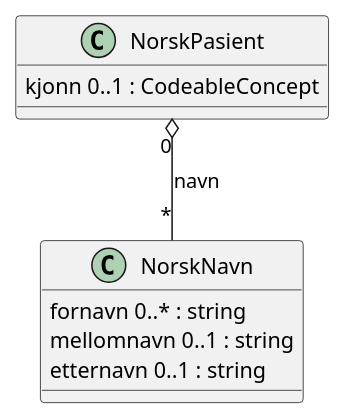
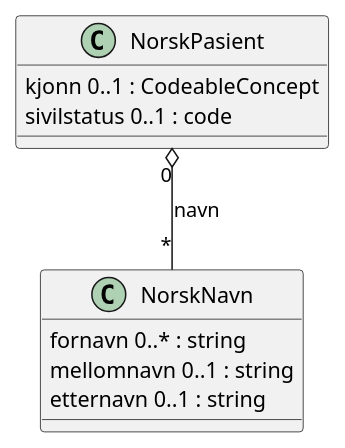
The diagram in HelseNIM/input/images-source/norsk-pasient.plantuml (HL7Norway/Test-HelseNIM), drawn with PlantUML before and after one commit. The commit also changed 1 other file, not shown here.

```diff
--- a/HelseNIM/input/images-source/norsk-pasient.plantuml
+++ b/HelseNIM/input/images-source/norsk-pasient.plantuml
@@ -1,15 +1,16 @@
 @startuml
 
 class NorskPasient {
 kjonn 0..1 : CodeableConcept
+sivilstatus 0..1 : code
 }
 
 NorskPasient "0" o-- "*" NorskNavn : navn
 
 class NorskNavn {
 fornavn 0..* : string
 mellomnavn 0..1 : string
 etternavn 0..1 : string
 }
 
 @enduml
```
